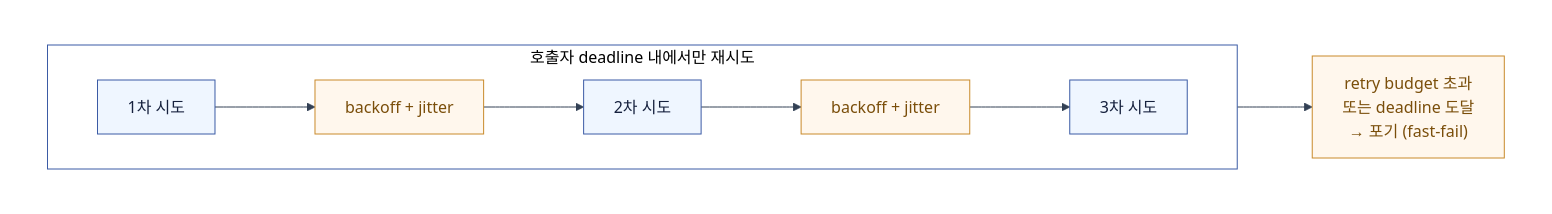
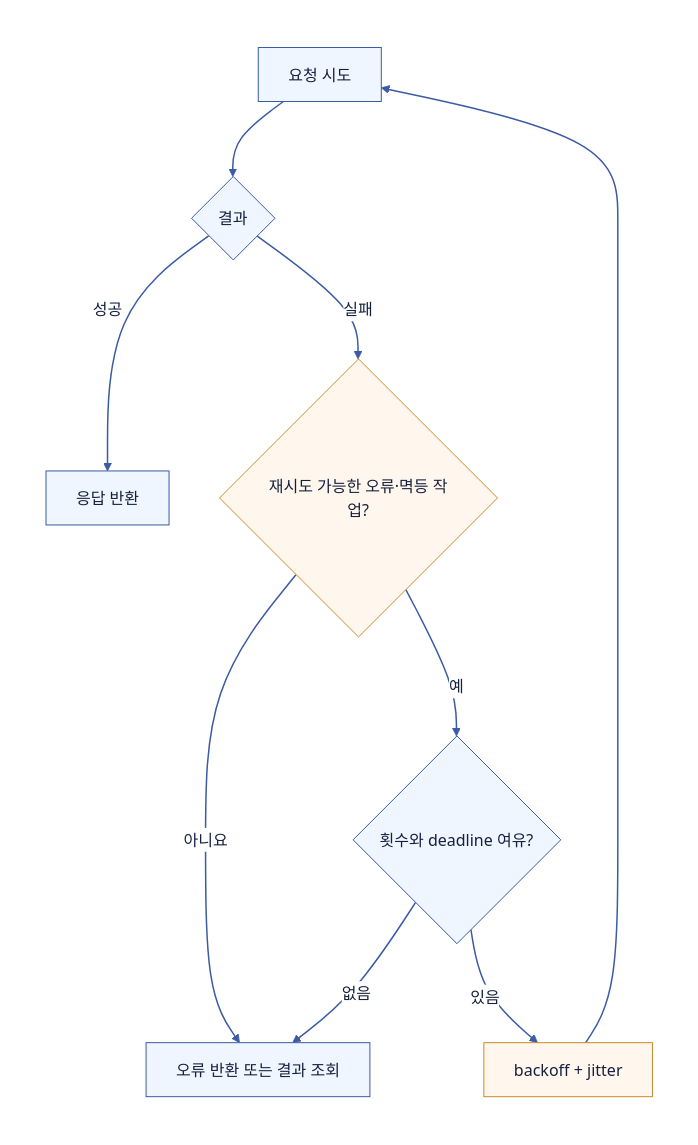
The third of 8 diagrams in computer-science/2606-모의면접-timeout.md (Hyune-s-lab/my-ai-study), drawn with Mermaid before and after one commit. The commit also changed other lines of this file and 28 other files, not shown here.

Commit message:
docs: Mermaid 호환성과 문서 가독성 개선

````diff
--- a/computer-science/2606-모의면접-timeout.md
+++ b/computer-science/2606-모의면접-timeout.md
@@ -181,35 +162,23 @@
 ```mermaid
----
-config:
-  theme: base
-  darkMode: false
-  themeVariables:
-    background: "#ffffff"
-    primaryColor: "#ffffff"
-    primaryTextColor: "#111827"
-    primaryBorderColor: "#475569"
-    lineColor: "#334155"
-    edgeLabelBackground: "#ffffff"
----
-flowchart LR
+flowchart TD
+%%{init: {"theme": "base", "darkMode": false, "themeVariables": {"background": "#ffffff", "primaryColor": "#EFF6FF", "primaryTextColor": "#16213E", "primaryBorderColor": "#3B5BA5", "secondaryColor": "#F0FDF4", "tertiaryColor": "#FAF5FF", "lineColor": "#3B5BA5", "textColor": "#16213E", "edgeLabelBackground": "#ffffff", "clusterBkg": "#F8FAFC", "clusterBorder": "#CBD5E1"}}}%%
   subgraph canvas[" "]
-    direction LR
-
-    subgraph budget["호출자 deadline 내에서만 재시도"]
-      direction LR
-      try1["1차 시도"] --> wait1["backoff + jitter"]
-      wait1 --> try2["2차 시도"]
-      try2 --> wait2["backoff + jitter"]
-      wait2 --> try3["3차 시도"]
-    end
-
-    try3 --> giveup["retry budget 초과\n또는 deadline 도달\n→ 포기 (fast-fail)"]
+    direction TD
+    attempt["요청 시도"] --> result{"결과"}
+    result -->|"성공"| done["응답 반환"]
+    result -->|"실패"| safe{"재시도 가능한 오류·멱등 작업?"}
+    safe -->|"아니요"| fail["오류 반환 또는 결과 조회"]
+    safe -->|"예"| budget{"횟수와 deadline 여유?"}
+    budget -->|"없음"| fail
+    budget -->|"있음"| backoff["backoff + jitter"]
+    backoff --> attempt
   end
-
+  style canvas fill:#ffffff,stroke:#ffffff,color:#111827
+  linkStyle default stroke:#3B5BA5,stroke-width:1.5px
   classDef app fill:#EFF6FF,stroke:#3B5BA5,stroke-width:1px,color:#16213E
-  classDef ctrl fill:#FFF7ED,stroke:#C98A2B,stroke-width:1px,color:#7A4E0A
-  class try1,try2,try3 app
-  class wait1,wait2,giveup ctrl
-  style budget fill:#ffffff,stroke:#3B5BA5,stroke-width:1px
-  style canvas fill:#ffffff,stroke:#ffffff,stroke-width:0px,color:#111827
+  class attempt,result,done,fail,budget app
+  classDef db fill:#F0FDF4,stroke:#3F8E55,stroke-width:1px,color:#16213E
+  classDef policy fill:#FAF5FF,stroke:#A855F7,stroke-width:1px,color:#16213E
+  classDef worker fill:#FFF7ED,stroke:#C98A2B,stroke-width:1px,color:#16213E
+  class safe,backoff worker
 ```
````
